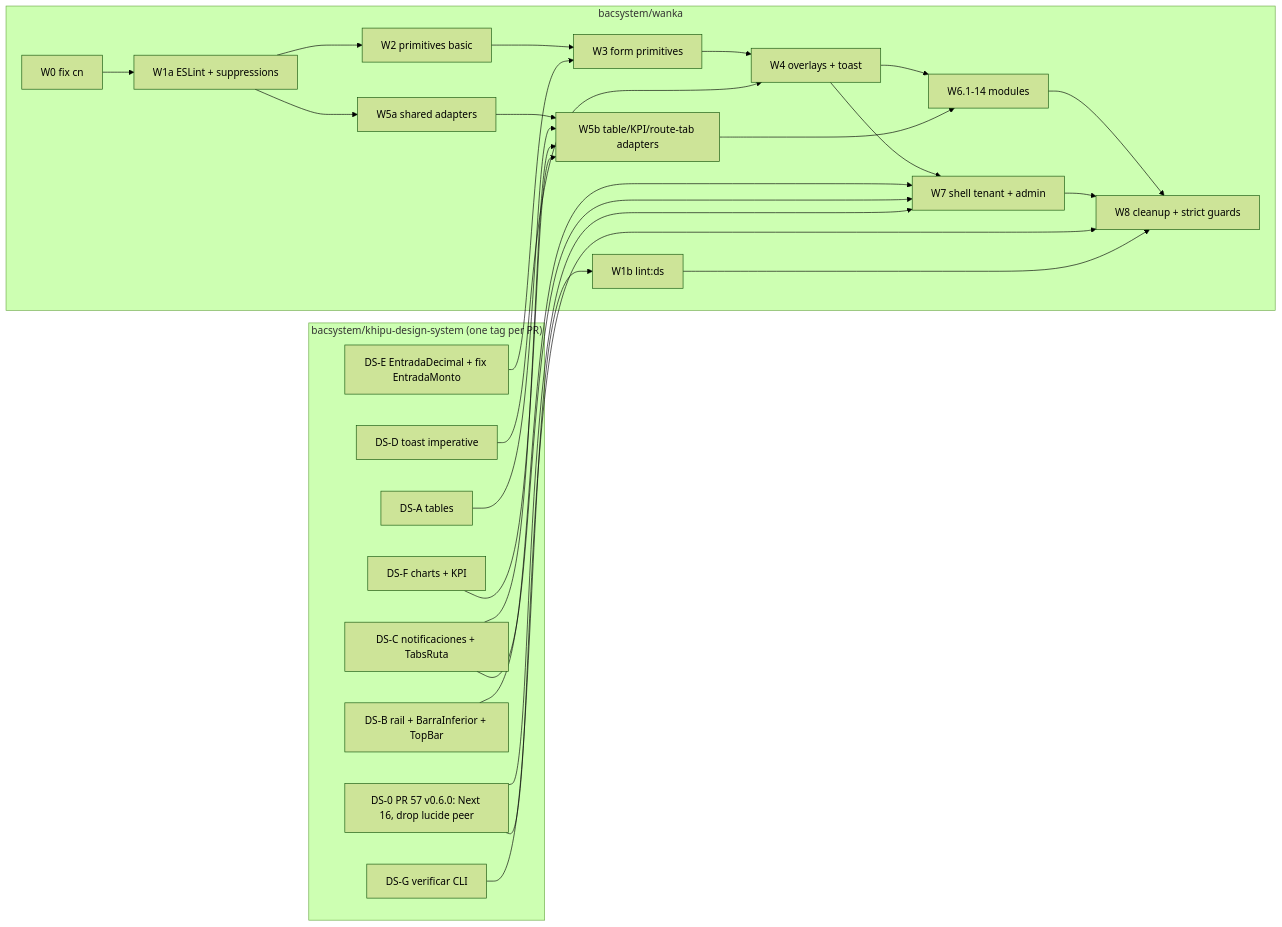
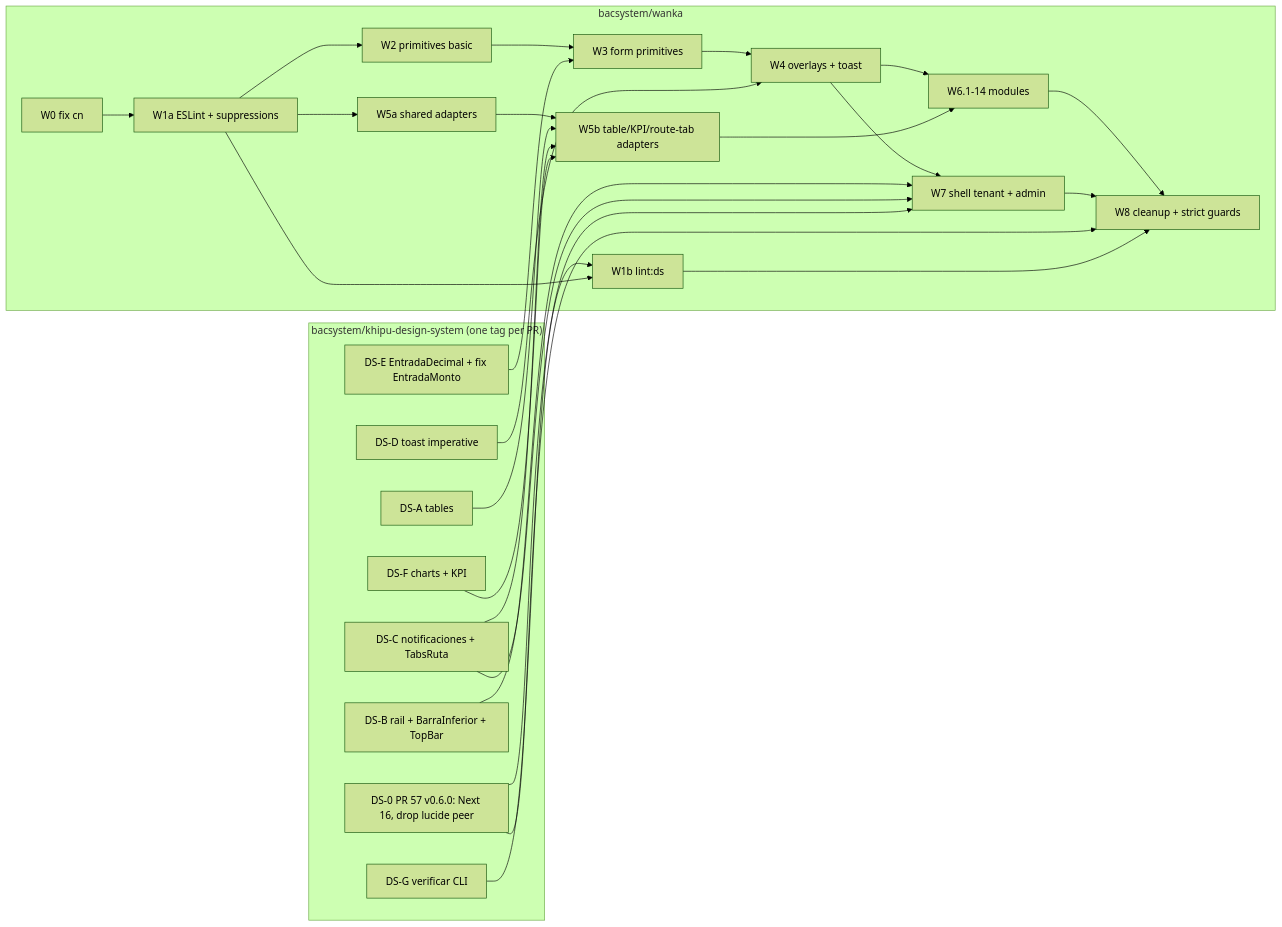
The diagram in docs/frontend-migration-khipu.mmd (bacsystem/wanka), drawn with Mermaid (forest theme) before and after one commit. The commit also changed 1 other file, not shown here.

```diff
--- a/docs/frontend-migration-khipu.mmd
+++ b/docs/frontend-migration-khipu.mmd
@@ -1,44 +1,45 @@
 flowchart LR
   subgraph DS["bacsystem/khipu-design-system (one tag per PR)"]
     DS0["DS-0 PR 57 v0.6.0: Next 16, drop lucide peer"]
     DSG["DS-G verificar CLI"]
     DSA["DS-A tables"]
     DSB["DS-B rail + BarraInferior + TopBar"]
     DSC["DS-C notificaciones + TabsRuta"]
     DSD["DS-D toast imperative"]
     DSE["DS-E EntradaDecimal + fix EntradaMonto"]
     DSF["DS-F charts + KPI"]
   end
   subgraph W["bacsystem/wanka"]
     W0["W0 fix cn"]
     W1a["W1a ESLint + suppressions"]
     W1b["W1b lint:ds"]
     W2["W2 primitives basic"]
     W3["W3 form primitives"]
     W4["W4 overlays + toast"]
     W5a["W5a shared adapters"]
     W5b["W5b table/KPI/route-tab adapters"]
     W6["W6.1-14 modules"]
     W7["W7 shell tenant + admin"]
     W8["W8 cleanup + strict guards"]
   end
   W0 --> W1a
   DSG --> W1b
+  W1a --> W1b
   W1a --> W2 --> W3 --> W4
   W1a --> W5a
   DSE --> W3
   DSD --> W4
   W5a --> W5b
   DSA --> W5b
   DSC --> W5b
   DSF --> W5b
   W4 --> W6
   W5b --> W6
   W4 --> W7
   DSB --> W7
   DSC --> W7
   W6 --> W8
   W7 --> W8
   DS0 --> W7
   DS0 --> W8
   W1b --> W8
```
